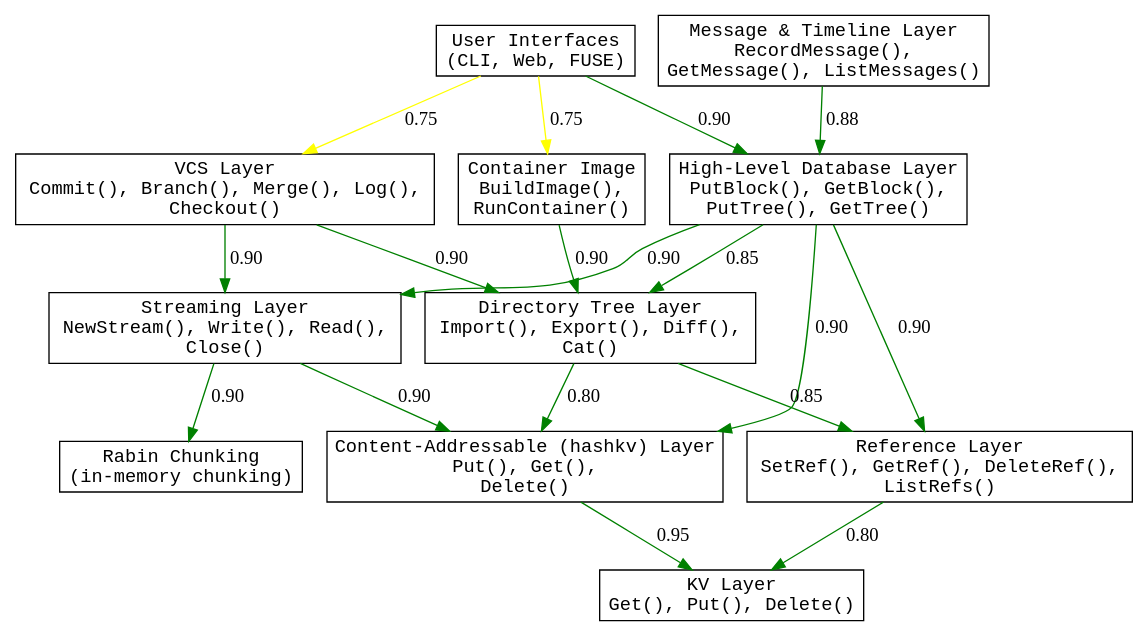
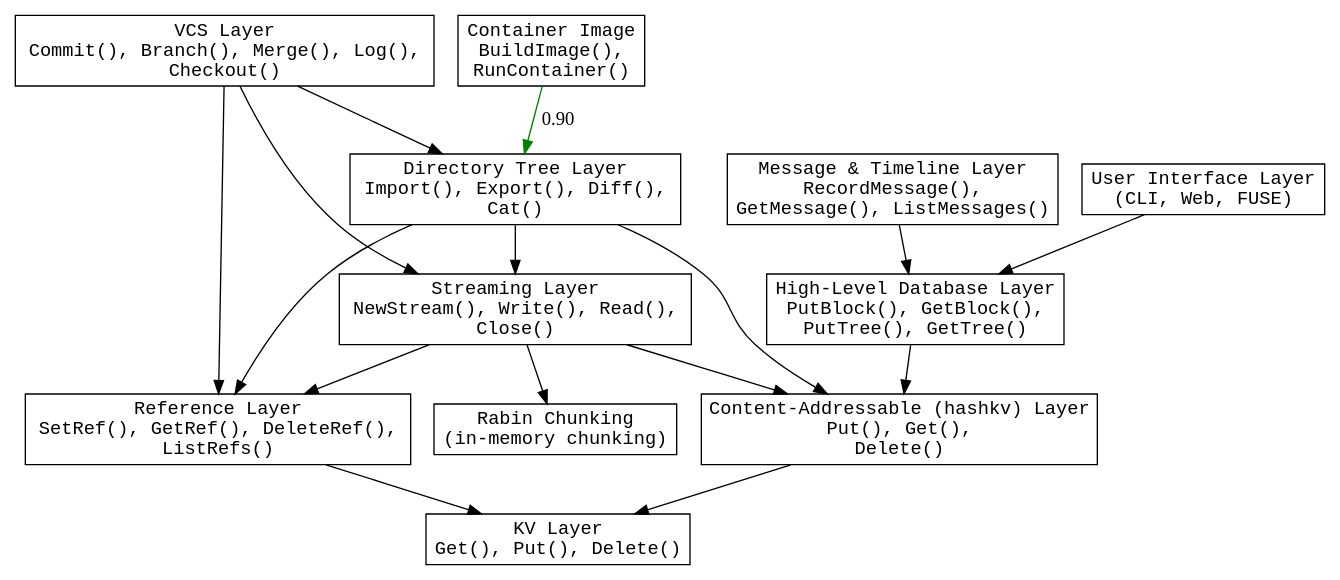
Before and after one commit to stevegt/promisebase: the diagram in x/layers.dot, drawn with Graphviz. The commit also changed 1 other file, not shown here.

Commit message:
Update dependency mapping in discussion and layers.dot
• x/discussion.md
  - Add new file with updated layers architecture overview.
  - Document dependency relationships as specified in layers.md.
  - Include references and reasoning for dependency mapping.

• x/layers.dot
  - Update "UI" label to "User Interface Layer" for clarity.
  - Replace weighted edges with simplified dependency arrows.
  - Remove extraneous nodes and adjust edges to match layers.md.
  - Maintain minimal styling while accurately reflecting dependencies.

```diff
--- a/x/layers.dot
+++ b/x/layers.dot
@@ -1,46 +1,45 @@
 /* This graph illustrates the layered architecture for
 Promisebase. Each node represents a module or layer and edges
-indicate flows. */
+indicate dependencies as specified in layers.md. */
 digraph Layers {
   rankdir=TB;
   node [shape=box, style=filled, fillcolor=white,
     fontname="monospace"];
 
-  UI [label="User Interfaces\n(CLI, Web, FUSE)"];
+  UI [label="User Interface Layer\n(CLI, Web, FUSE)"];
   MsgTimeline [label="Message & Timeline Layer\nRecordMessage(), 
 GetMessage(), ListMessages()"];
   VCS [label="VCS Layer\nCommit(), Branch(), Merge(), Log(), 
 Checkout()"];
   DB [label="High-Level Database Layer\nPutBlock(), GetBlock(), 
 PutTree(), GetTree()"];
   DirTree [label="Directory Tree Layer\nImport(), Export(), Diff(), 
 Cat()"];
   Stream [label="Streaming Layer\nNewStream(), Write(), Read(), 
 Close()"];
   Refs [label="Reference Layer\nSetRef(), GetRef(), DeleteRef(), 
 ListRefs()"];
   HashKV [label="Content-Addressable (hashkv) Layer\nPut(), Get(), 
 Delete()"];
   KV [label="KV Layer\nGet(), Put(), Delete()"];
   Rabin [label="Rabin Chunking\n(in-memory chunking)"];
   ContainerImage [label="Container Image\nBuildImage(), 
 RunContainer()"];
 
-  UI -> DB [label="0.90", color="green"];
-  UI -> VCS [label="0.75", color="yellow"];
-  UI -> ContainerImage [label="0.75", color="yellow"];
-  MsgTimeline -> DB [label="0.88", color="green"];
-  DB -> Stream [label="0.90", color="green"];
-  DB -> DirTree [label="0.85", color="green"];
-  DB -> Refs [label="0.90", color="green"];
-  DB -> HashKV [label="0.90", color="green"];
-  VCS -> DirTree [label="0.90", color="green"];
-  VCS -> Stream [label="0.90", color="green"];
-  DirTree -> HashKV [label="0.80", color="green"];
-  DirTree -> Refs [label="0.85", color="green"];
-  Stream -> HashKV [label="0.90", color="green"];
-  Stream -> Rabin [label="0.90", color="green"];
-  HashKV -> KV [label="0.95", color="green"];
-  Refs -> KV [label="0.80", color="green"];
+  // Dependencies from layers.md
+  UI -> DB;
+  MsgTimeline -> DB;
+  DB -> HashKV;
+  VCS -> DirTree;
+  VCS -> Stream;
+  VCS -> Refs;
+  DirTree -> HashKV;
+  DirTree -> Refs;
+  DirTree -> Stream;
+  Stream -> HashKV;
+  Stream -> Refs;
+  Stream -> Rabin;
+  HashKV -> KV;
+  Refs -> KV;
   ContainerImage -> DirTree [label="0.90", color="green"];
 }
```
